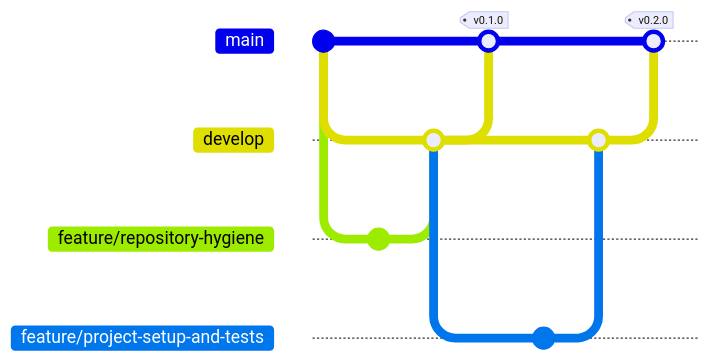
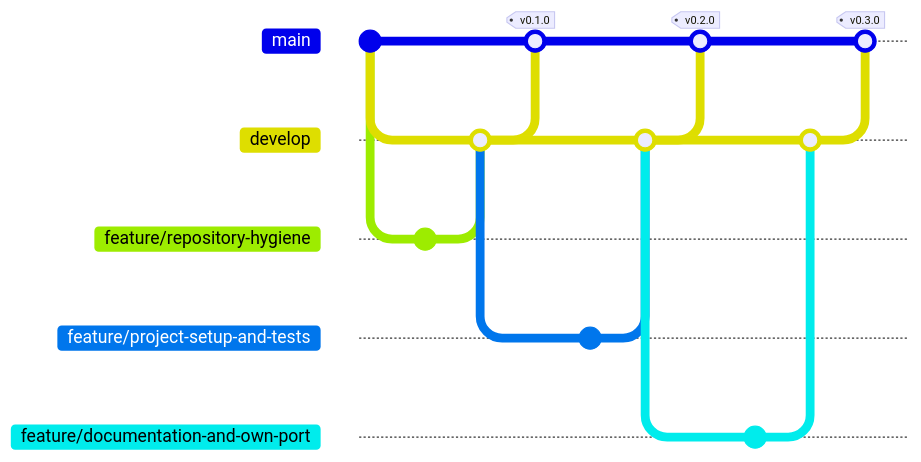
The second of 2 diagrams in README.md (danielyatacoblas/omni-logistics), drawn with Mermaid before and after one commit. The commit also changed other lines of this file and 1 other file, not shown here. Commit ids are hidden.

Commit message:
docs: regenerate the branch diagram after the release merge
The block quotes counts read from the history, so committing it necessarily
changes what it counts. It is generated last and says "al generar este bloque"
rather than pretending to be live -- a number that drifts silently is worse
than one that says when it was taken.

````diff
--- a/README.md
+++ b/README.md
@@ -156,21 +156,29 @@
 ```mermaid
 gitGraph
    commit id: "import"
    branch develop
    checkout develop
    branch feature/repository-hygiene
    checkout feature/repository-hygiene
    commit
    checkout develop
    merge feature/repository-hygiene
    checkout main
    merge develop tag: "v0.1.0"
    checkout develop
    branch feature/project-setup-and-tests
    checkout feature/project-setup-and-tests
    commit
    checkout develop
    merge feature/project-setup-and-tests
    checkout main
    merge develop tag: "v0.2.0"
+   checkout develop
+   branch feature/documentation-and-own-port
+   checkout feature/documentation-and-own-port
+   commit
+   checkout develop
+   merge feature/documentation-and-own-port
+   checkout main
+   merge develop tag: "v0.3.0"
 ```
````
